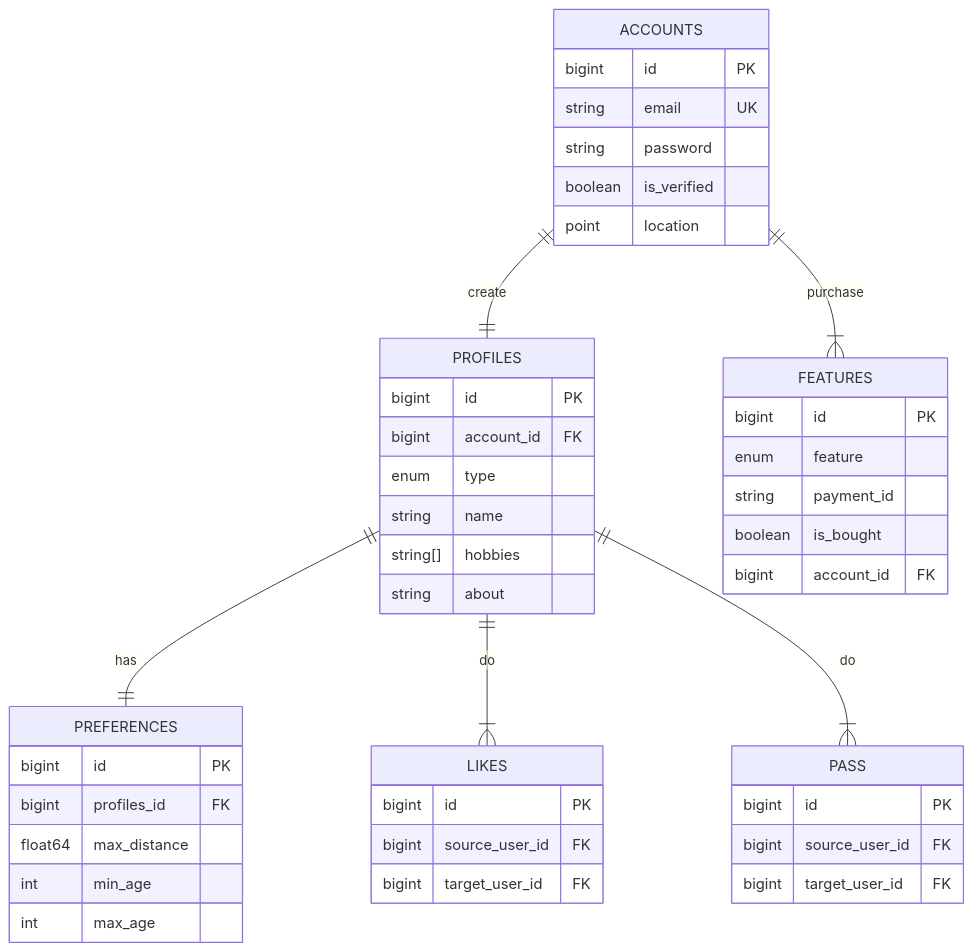
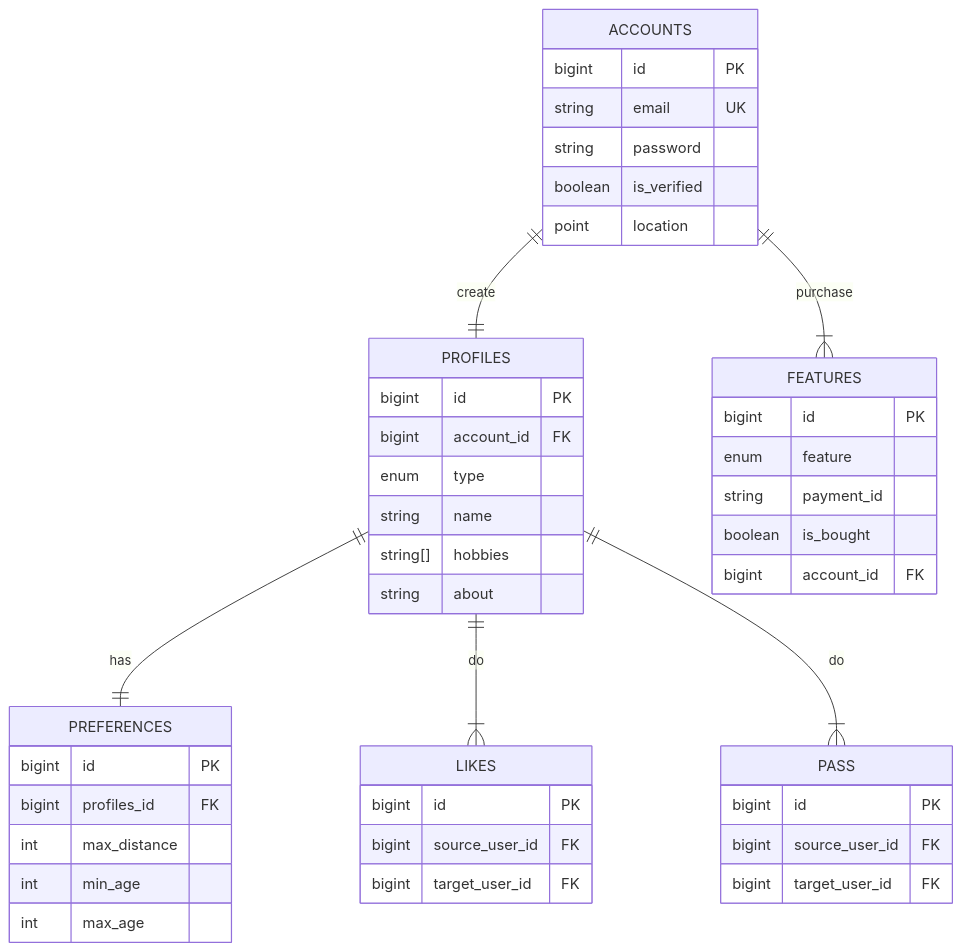
One commit to huseinnashr/bimble changed the first of 13 diagrams in documentation.md. Above: the diagram before and after it, drawn with Mermaid. The commit also changed 15 other files, not shown here.

````diff
--- a/documentation.md
+++ b/documentation.md
@@ -141,53 +141,53 @@
 ```mermaid
 erDiagram
 ACCOUNTS {
     bigint id PK
     string email UK
     string password
     boolean is_verified
     point location
 }
 
 PROFILES {
     bigint id PK
     bigint account_id FK
     enum type
     string name
     string[] hobbies
     string about
 }
 
 PREFERENCES {
     bigint id PK
     bigint profiles_id FK
-    float64 max_distance
+    int max_distance
     int min_age
     int max_age
 }
 
 FEATURES {
     bigint id PK
     enum feature
     string payment_id
     boolean is_bought
     bigint account_id FK
 }
 
 LIKES {
     bigint id PK
     bigint source_user_id FK
     bigint target_user_id FK
 }
 
 PASS {
     bigint id PK
     bigint source_user_id FK
     bigint target_user_id FK
 }
 
 ACCOUNTS ||--|| PROFILES : create
 ACCOUNTS ||--|{ FEATURES : purchase
 PROFILES ||--|| PREFERENCES : has
 PROFILES ||--|{ LIKES : do
 PROFILES ||--|{ PASS : do
 ```
````
